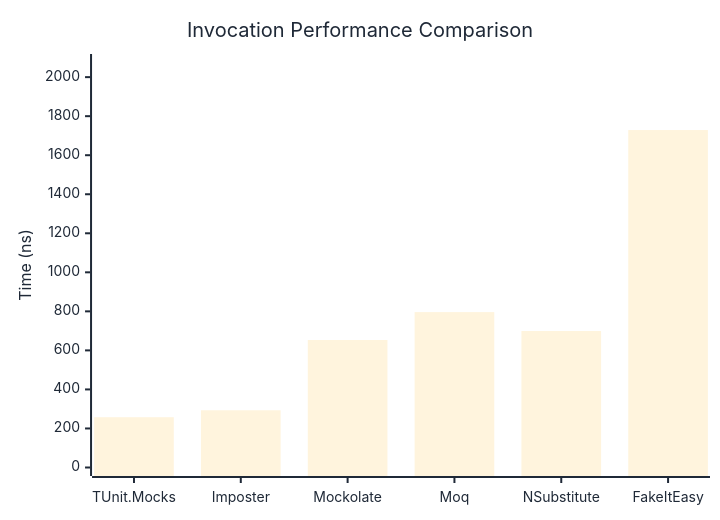
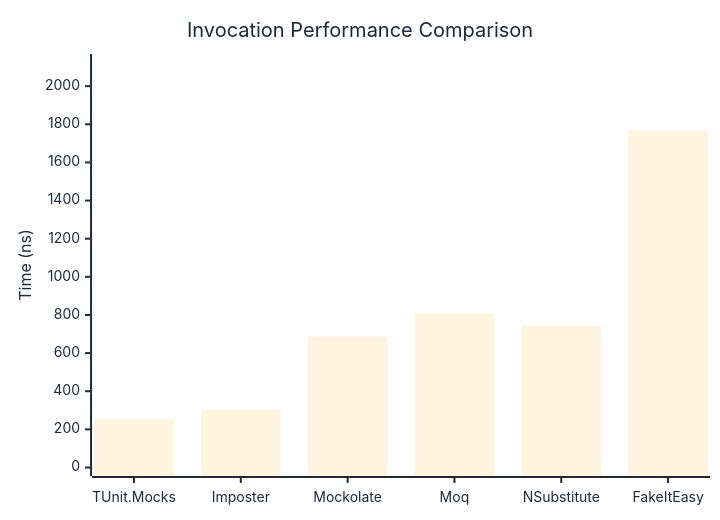
Before and after one commit to thomhurst/TUnit: the first of 3 diagrams in docs/docs/benchmarks/mocks/Invocation.md, drawn with Mermaid. The commit also changed other lines of this file and 14 other files, not shown here.

````diff
--- a/docs/docs/benchmarks/mocks/Invocation.md
+++ b/docs/docs/benchmarks/mocks/Invocation.md
@@ -28,27 +28,27 @@
 ```mermaid
 %%{init: {
   'theme':'base',
   'themeVariables': {
     'primaryColor': '#2563eb',
     'primaryTextColor': '#1f2937',
     'primaryBorderColor': '#1e40af',
     'lineColor': '#6b7280',
     'secondaryColor': '#7c3aed',
     'tertiaryColor': '#dc2626',
     'background': '#ffffff',
     'pie1': '#2563eb',
     'pie2': '#7c3aed',
     'pie3': '#dc2626',
     'pie4': '#f59e0b',
     'pie5': '#10b981',
     'pie6': '#06b6d4',
     'pie7': '#ec4899',
     'pie8': '#6366f1'
   }
 }}%%
 xychart-beta
   title "Invocation Performance Comparison"
   x-axis ["TUnit.Mocks", "Imposter", "Mockolate", "Moq", "NSubstitute", "FakeItEasy"]
-  y-axis "Time (ns)" 0 --> 2075
-  bar [257.6, 293.2, 653.2, 796.2, 699.2, 1728.9]
+  y-axis "Time (ns)" 0 --> 2124
+  bar [252.6, 302, 686.8, 809.5, 743.5, 1769.2]
 ```
````
